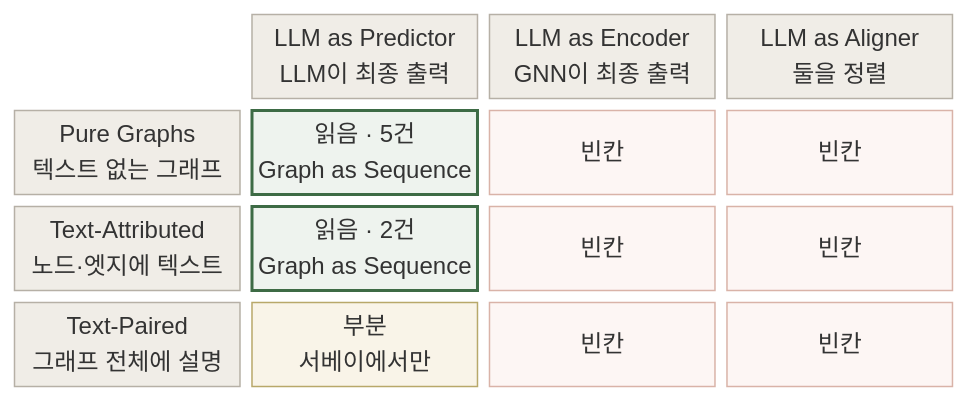
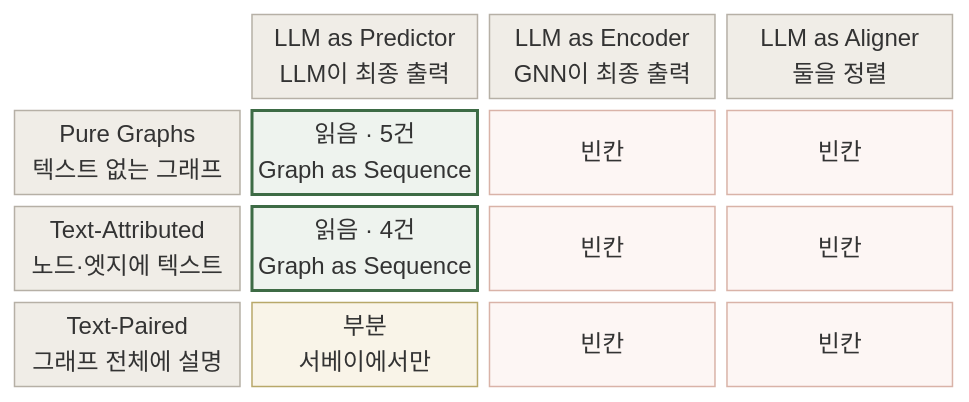
The first of 3 diagrams in readings/_maps/graphrag_지식지도.md (workdd/I_AM_ML_Engineer), drawn with Mermaid before and after one commit. The commit also changed other lines of this file and 2 other files, not shown here.

````diff
--- a/readings/_maps/graphrag_지식지도.md
+++ b/readings/_maps/graphrag_지식지도.md
@@ -32,19 +32,19 @@
 ```mermaid
 block-beta
   columns 4
   space h1["LLM as Predictor<br/>LLM이 최종 출력"] h2["LLM as Encoder<br/>GNN이 최종 출력"] h3["LLM as Aligner<br/>둘을 정렬"]
   r1["Pure Graphs<br/>텍스트 없는 그래프"] a1["읽음 · 5건<br/>Graph as Sequence"] a2["빈칸"] a3["빈칸"]
-  r2["Text-Attributed<br/>노드·엣지에 텍스트"] b1["읽음 · 2건<br/>Graph as Sequence"] b2["빈칸"] b3["빈칸"]
+  r2["Text-Attributed<br/>노드·엣지에 텍스트"] b1["읽음 · 4건<br/>Graph as Sequence"] b2["빈칸"] b3["빈칸"]
   r3["Text-Paired<br/>그래프 전체에 설명"] c1["부분<br/>서베이에서만"] c2["빈칸"] c3["빈칸"]
 
   classDef hdr fill:#f0ede7,stroke:#b6b0a6,color:#5b554e
   classDef row fill:#f0ede7,stroke:#b6b0a6,color:#1e1c1a
   classDef read fill:#eef3ee,stroke:#3d6b45,stroke-width:2px,color:#1e1c1a
   classDef part fill:#f9f4e8,stroke:#b8a86a,color:#1e1c1a
   classDef gap  fill:#fdf6f4,stroke:#d9b3a8,color:#a8503c
   class h1,h2,h3 hdr
   class r1,r2,r3 row
   class a1,b1 read
   class c1 part
   class a2,a3,b2,b3,c2,c3 gap
 ```
````
